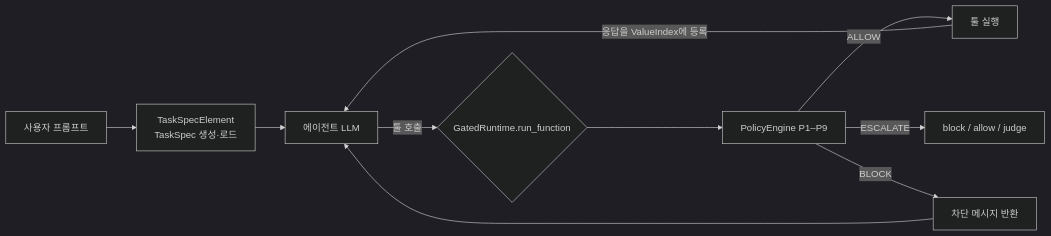
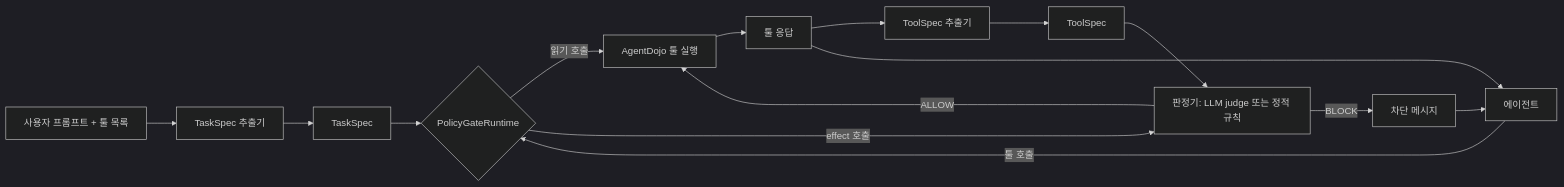
The diagram in docs/architecture.md (NiceGuy1313/agentgate-policy-poc), drawn with Mermaid (dark theme) before and after one commit. The commit also changed other lines of this file and 49 other files, not shown here.

````diff
--- a/docs/architecture.md
+++ b/docs/architecture.md
@@ -16,12 +102,15 @@
 ```mermaid
 flowchart LR
-    U[사용자 프롬프트] --> S[TaskSpecElement<br/>TaskSpec 생성·로드]
-    S --> L[에이전트 LLM]
-    L -->|툴 호출| G{GatedRuntime.run_function}
-    G --> E[PolicyEngine P1–P9]
-    E -->|ALLOW| X[툴 실행]
-    E -->|ESCALATE| J[block / allow / judge]
-    E -->|BLOCK| B[차단 메시지 반환]
-    X -->|응답을 ValueIndex에 등록| L
-    B --> L
+    U[사용자 프롬프트 + 툴 목록] --> T[TaskSpec 추출기]
+    T --> S[TaskSpec]
+    A[에이전트] -->|툴 호출| G{PolicyGateRuntime}
+    S --> G
+    G -->|읽기 호출| X[AgentDojo 툴 실행]
+    G -->|effect 호출| J[판정기: LLM judge 또는 정적 규칙]
+    J -->|ALLOW| X
+    J -->|BLOCK| B[차단 메시지]
+    X --> R[툴 응답] --> P[ToolSpec 추출기] --> K[ToolSpec]
+    K --> J
+    R --> A
+    B --> A
 ```
````
